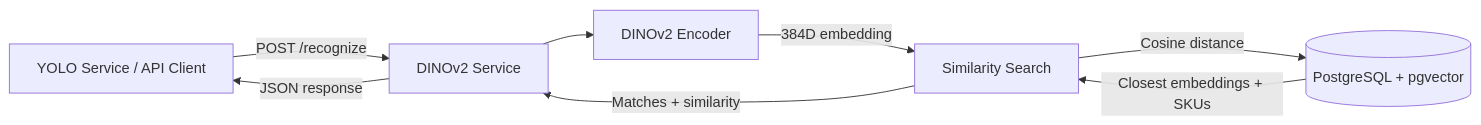
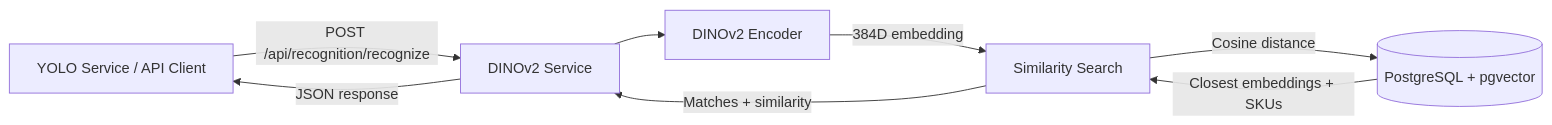
Before and after one commit to sunnydineva/product-recognition: the second of 2 diagrams in ai-service/dinov2-service/README.md, drawn with Mermaid. The commit also changed other lines of this file and 22 other files, not shown here.

````diff
--- a/ai-service/dinov2-service/README.md
+++ b/ai-service/dinov2-service/README.md
@@ -29,10 +29,10 @@
 ```mermaid
 flowchart LR
-    A["YOLO Service / API Client"] -->|" POST /recognize "| B["DINOv2 Service"]
+    A["YOLO Service / API Client"] -->|" POST /api/recognition/recognize "| B["DINOv2 Service"]
     B --> C["DINOv2 Encoder"]
     C -->|" 384D embedding "| D["Similarity Search"]
     D -->|" Cosine distance "| E[("PostgreSQL + pgvector")]
     E -->|" Closest embeddings + SKUs "| D
     D -->|" Matches + similarity "| B
     B -->|" JSON response "| A
 ```
````
